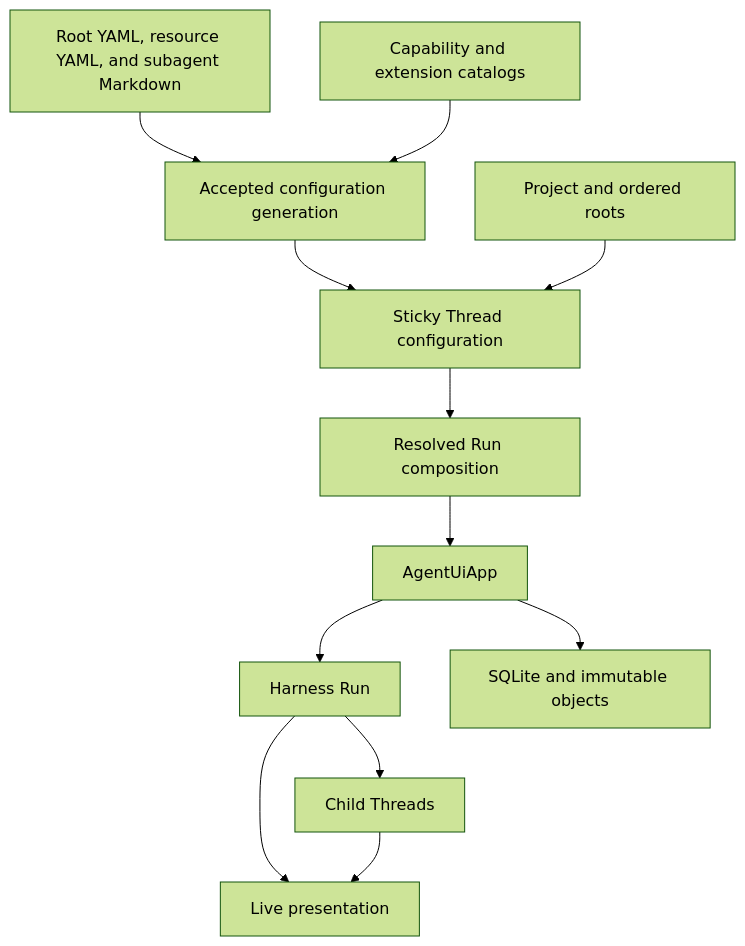
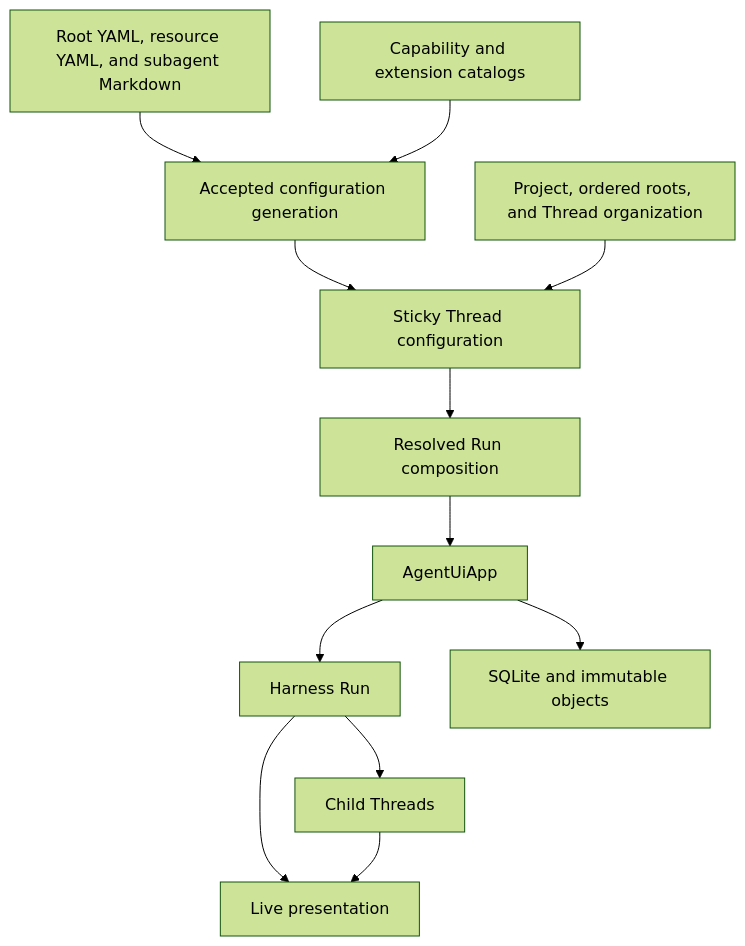
One commit to LTThreeComma/agent-foundation changed the first of 3 diagrams in spec/agent-ui/00-overview.md. Above: the diagram before and after it, drawn with Mermaid (forest theme). The commit also changed other lines of this file and 41 other files, not shown here.

````diff
--- a/spec/agent-ui/00-overview.md
+++ b/spec/agent-ui/00-overview.md
@@ -13,23 +13,23 @@
 ```mermaid
 flowchart TB
     Files[Root YAML, resource YAML, and subagent Markdown]
     Catalogs[Capability and extension catalogs]
     Generation[Accepted configuration generation]
-    Project[Project and ordered roots]
+    Project[Project, ordered roots, and Thread organization]
     Thread[Sticky Thread configuration]
     Capture[Resolved Run composition]
     App[AgentUiApp]
     Harness[Harness Run]
     Children[Child Threads]
     Store[SQLite and immutable objects]
     Live[Live presentation]
 
     Files --> Generation
     Catalogs --> Generation
     Generation --> Thread
     Project --> Thread
     Thread --> Capture --> App --> Harness
     Harness --> Children
     App --> Store
     Harness & Children --> Live
 ```
````
